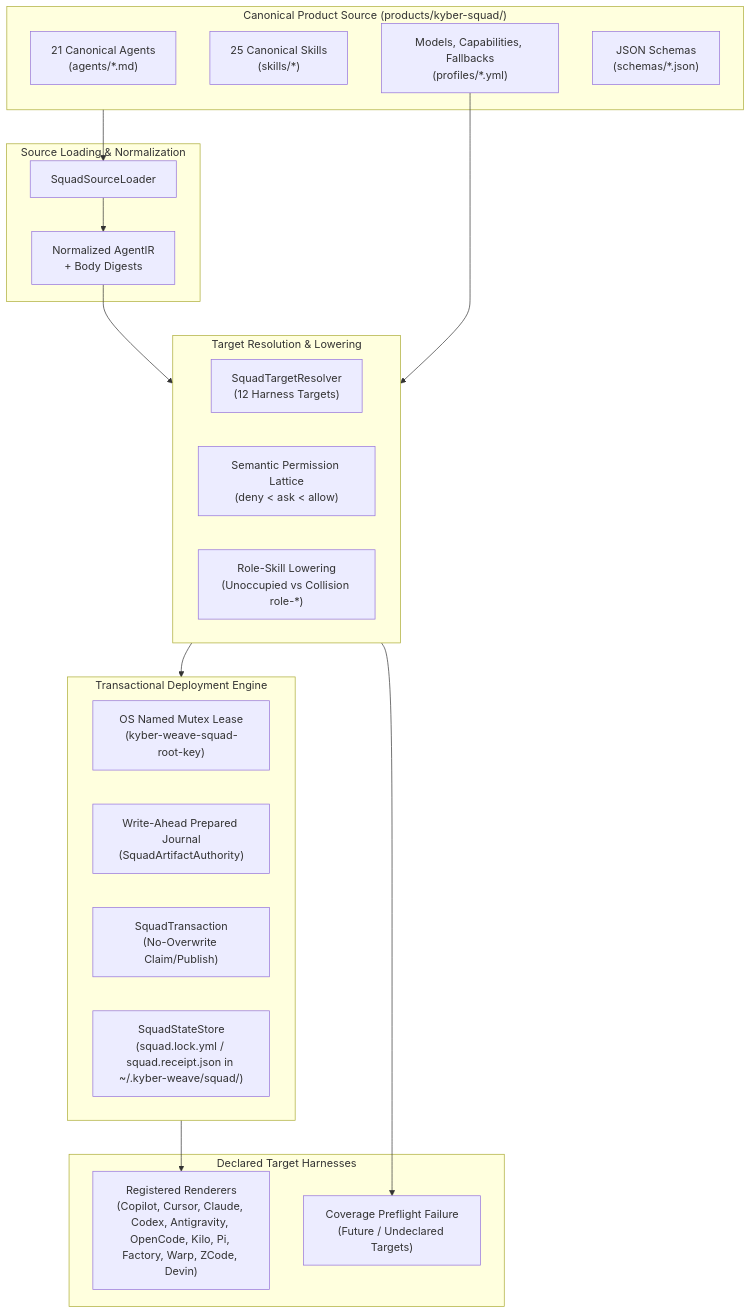
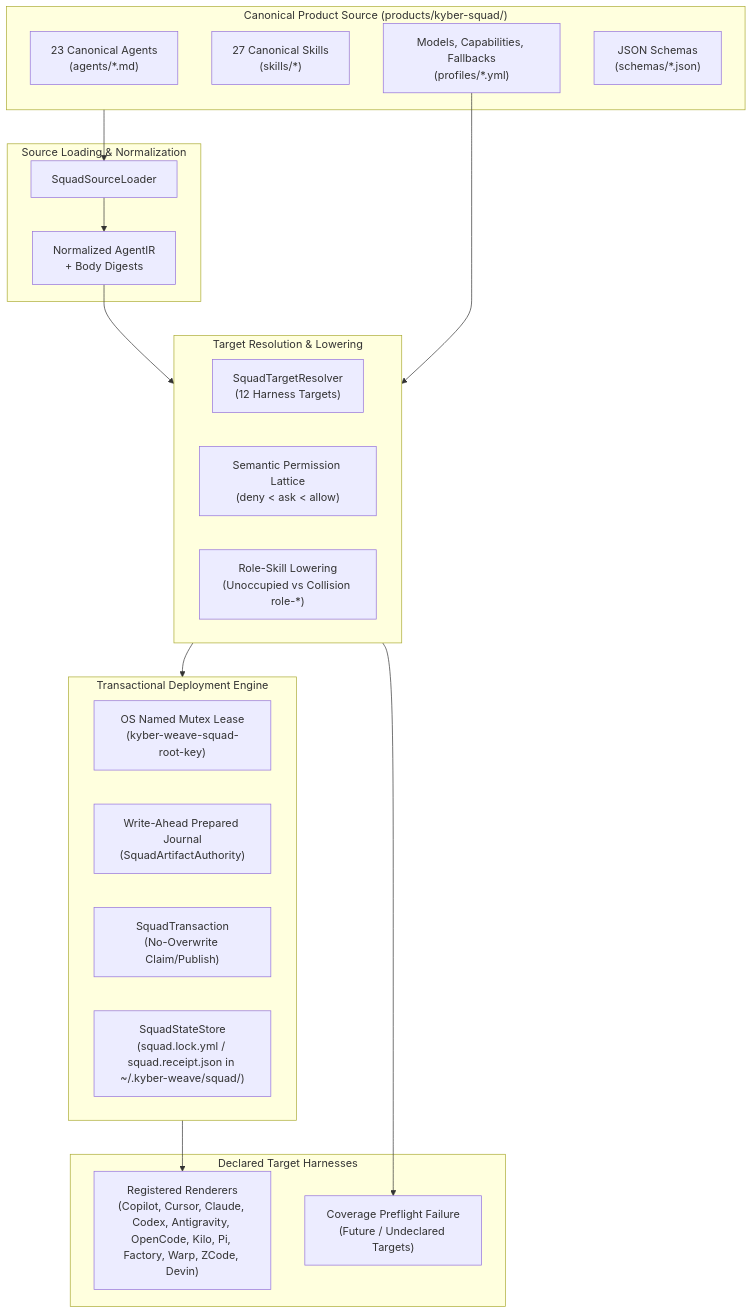
Before and after one commit to dpalfery/kyber-weave: the first of 6 diagrams in docs/kyber-squad/architecture.md, drawn with Mermaid. The commit also changed 2 other files, not shown here.

Commit message:
docs(squad): fix remaining stale skill and agent counts
The Kyber-Squad README still said 25 SKILL.md files. A sweep found the same
stale counts in the distribution package paragraph (25/69/94) and the
architecture diagram (21 agents, 25 skills).

````diff
--- a/docs/kyber-squad/architecture.md
+++ b/docs/kyber-squad/architecture.md
@@ -65,40 +65,40 @@
 ```mermaid
 flowchart TD
     subgraph CanonicalSource["Canonical Product Source (products/kyber-squad/)"]
-        Agents["21 Canonical Agents\n(agents/*.md)"]
-        Skills["25 Canonical Skills\n(skills/*)"]
+        Agents["23 Canonical Agents\n(agents/*.md)"]
+        Skills["27 Canonical Skills\n(skills/*)"]
         Profiles["Models, Capabilities, Fallbacks\n(profiles/*.yml)"]
         Schemas["JSON Schemas\n(schemas/*.json)"]
     end
 
     subgraph Loader["Source Loading & Normalization"]
         SquadSourceLoader["SquadSourceLoader"]
         AgentIR["Normalized AgentIR\n+ Body Digests"]
     end
 
     subgraph Compiler["Target Resolution & Lowering"]
         SquadTargetResolver["SquadTargetResolver\n(12 Harness Targets)"]
         Lattice["Semantic Permission Lattice\n(deny < ask < allow)"]
         Lowering["Role-Skill Lowering\n(Unoccupied vs Collision role-*)"]
     end
 
     subgraph DeploymentEngine["Transactional Deployment Engine"]
         Mutex["OS Named Mutex Lease\n(kyber-weave-squad-root-key)"]
         Journal["Write-Ahead Prepared Journal\n(SquadArtifactAuthority)"]
         Transaction["SquadTransaction\n(No-Overwrite Claim/Publish)"]
         StateStore["SquadStateStore\n(squad.lock.yml / squad.receipt.json in ~/.kyber-weave/squad/)"]
     end
 
     subgraph TargetHarnesses["Declared Target Harnesses"]
         RegisteredTargets["Registered Renderers\n(Copilot, Cursor, Claude, Codex, Antigravity, OpenCode, Kilo, Pi, Factory, Warp, ZCode, Devin)"]
         UnsupportedTargets["Coverage Preflight Failure\n(Future / Undeclared Targets)"]
     end
 
     CanonicalSource --> SquadSourceLoader
     SquadSourceLoader --> AgentIR
     AgentIR --> Compiler
     Profiles --> Compiler
     Compiler --> DeploymentEngine
     DeploymentEngine --> RegisteredTargets
     Compiler --> UnsupportedTargets
 ```
````
